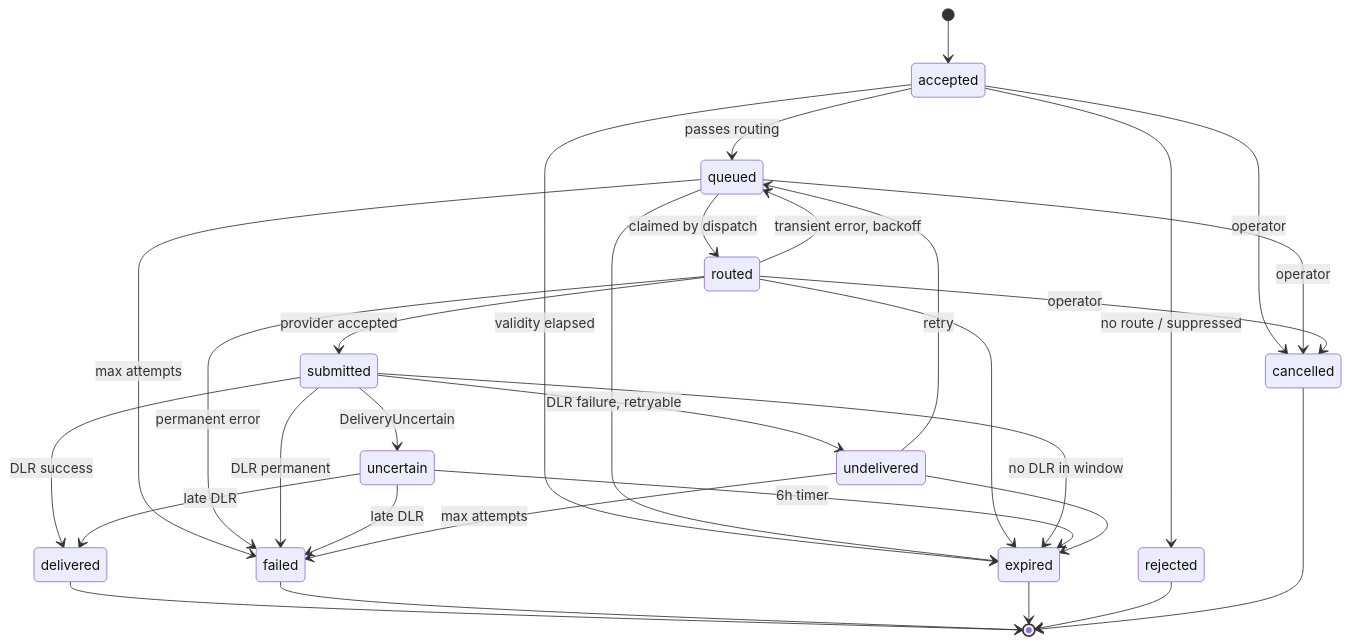
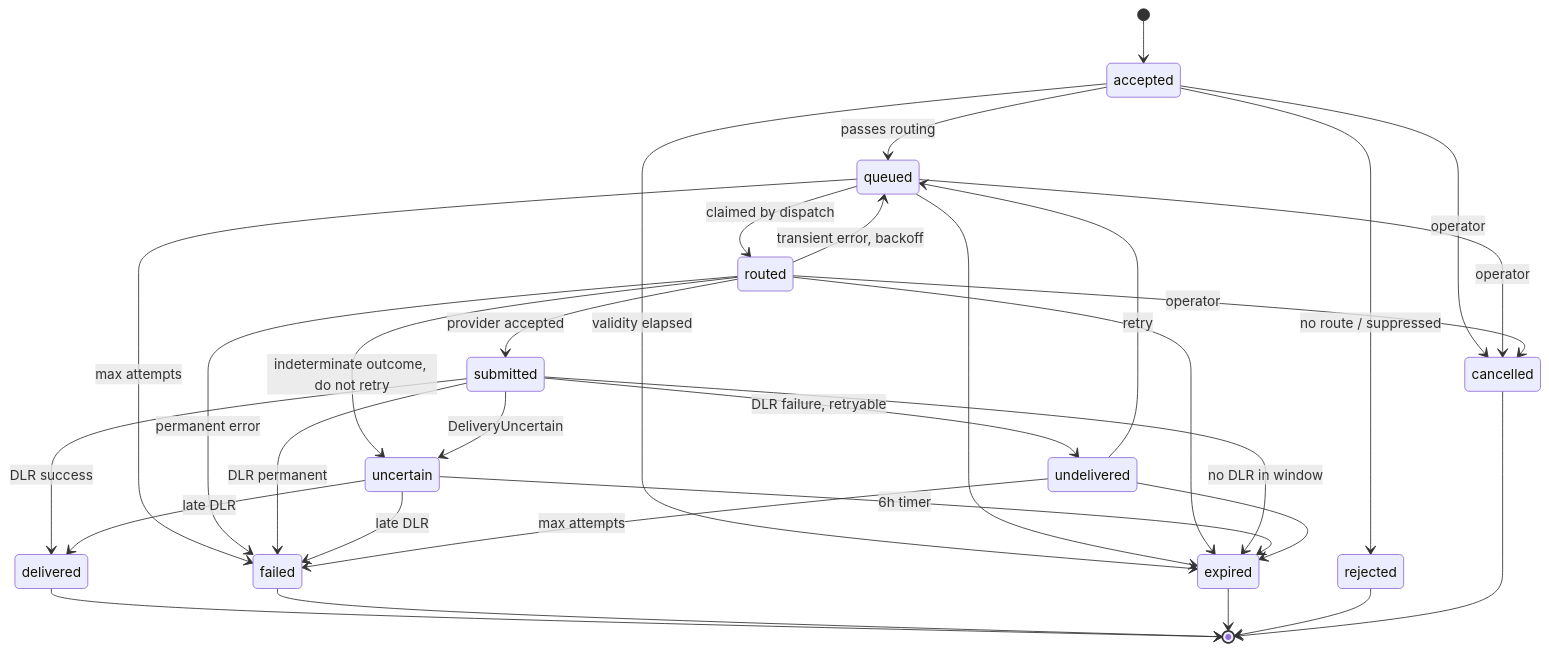
The fourth of 7 diagrams in docs/architecture.md (vaam-apps/vsms), drawn with Mermaid before and after one commit. The commit also changed other lines of this file and 5 other files, not shown here.

````diff
--- a/docs/architecture.md
+++ b/docs/architecture.md
@@ -1968,40 +1974,41 @@
 ```mermaid
 stateDiagram-v2
     [*] --> accepted
 
     accepted --> queued: passes routing
     accepted --> rejected: no route / suppressed
     accepted --> cancelled: operator
     accepted --> expired: validity elapsed
 
     queued --> routed: claimed by dispatch
     queued --> cancelled: operator
     queued --> expired
     queued --> failed: max attempts
 
     routed --> submitted: provider accepted
     routed --> queued: transient error, backoff
     routed --> failed: permanent error
     routed --> expired
     routed --> cancelled: operator
+    routed --> uncertain: indeterminate outcome, do not retry
 
     submitted --> delivered: DLR success
     submitted --> uncertain: DeliveryUncertain
     submitted --> undelivered: DLR failure, retryable
     submitted --> failed: DLR permanent
     submitted --> expired: no DLR in window
 
     uncertain --> delivered: late DLR
     uncertain --> failed: late DLR
     uncertain --> expired: 6h timer
 
     undelivered --> queued: retry
     undelivered --> failed: max attempts
     undelivered --> expired
 
     delivered --> [*]
     failed --> [*]
     expired --> [*]
     rejected --> [*]
     cancelled --> [*]
 ```
````
